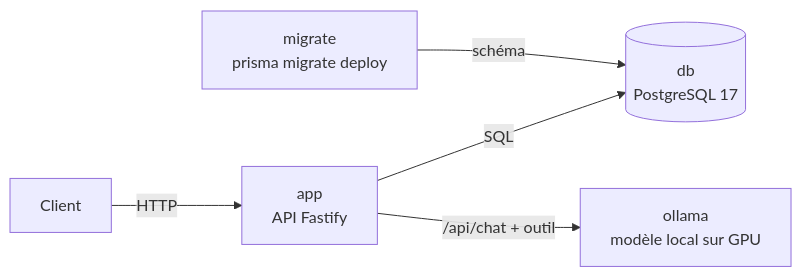
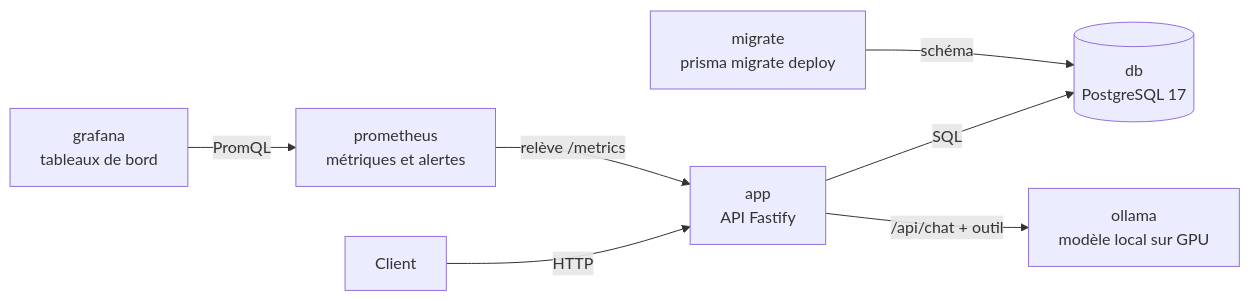
Before and after one commit to ElyasB15/agentdesk: the diagram in README.md, drawn with Mermaid. The commit also changed other lines of this file and 6 other files, not shown here.

````diff
--- a/README.md
+++ b/README.md
@@ -19,7 +21,9 @@
 ```mermaid
 flowchart LR
     client[Client] -->|HTTP| app[app<br/>API Fastify]
     app -->|SQL| db[(db<br/>PostgreSQL 17)]
     app -->|/api/chat + outil| ollama[ollama<br/>modèle local sur GPU]
     migrate[migrate<br/>prisma migrate deploy] -->|schéma| db
+    prometheus[prometheus<br/>métriques et alertes] -->|relève /metrics| app
+    grafana[grafana<br/>tableaux de bord] -->|PromQL| prometheus
 ```
````
